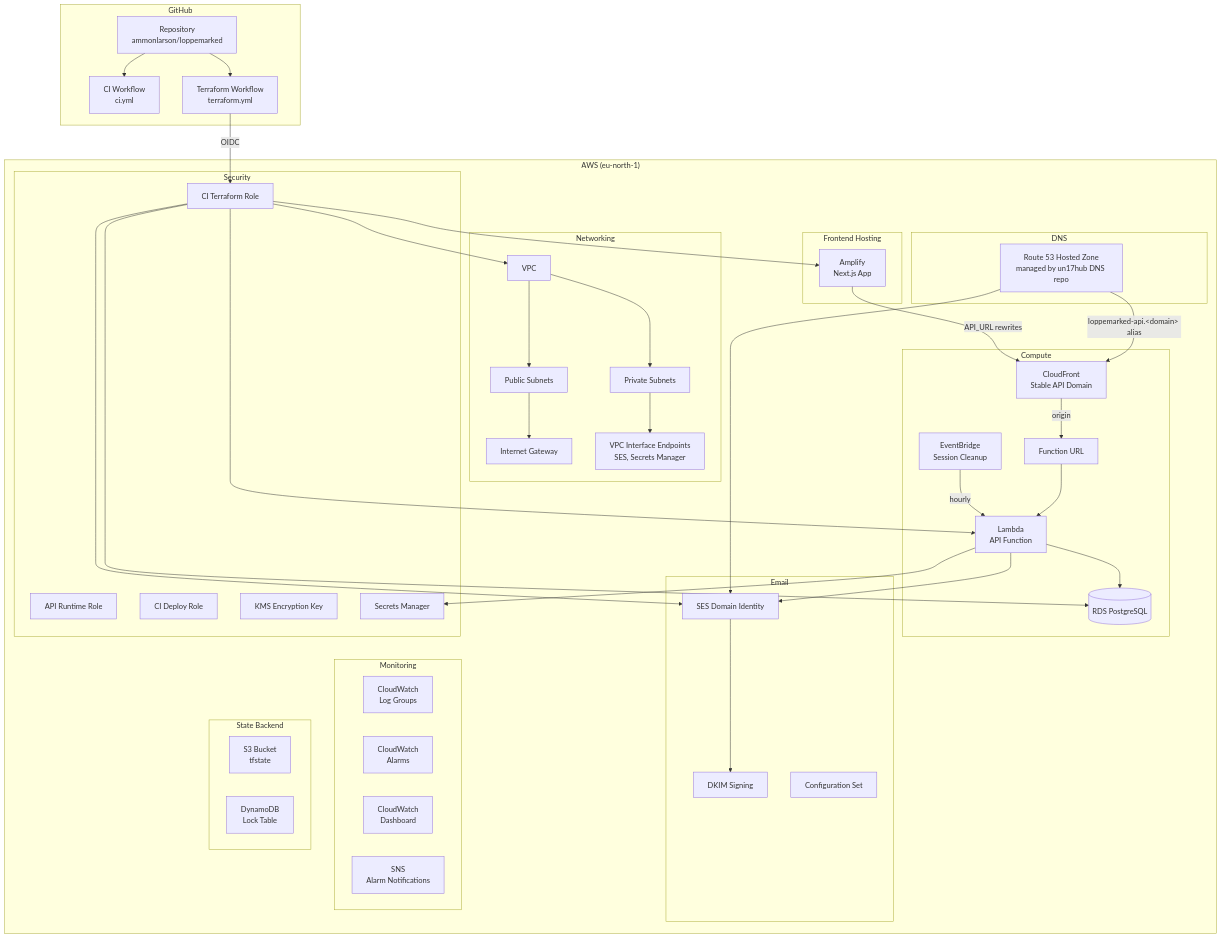
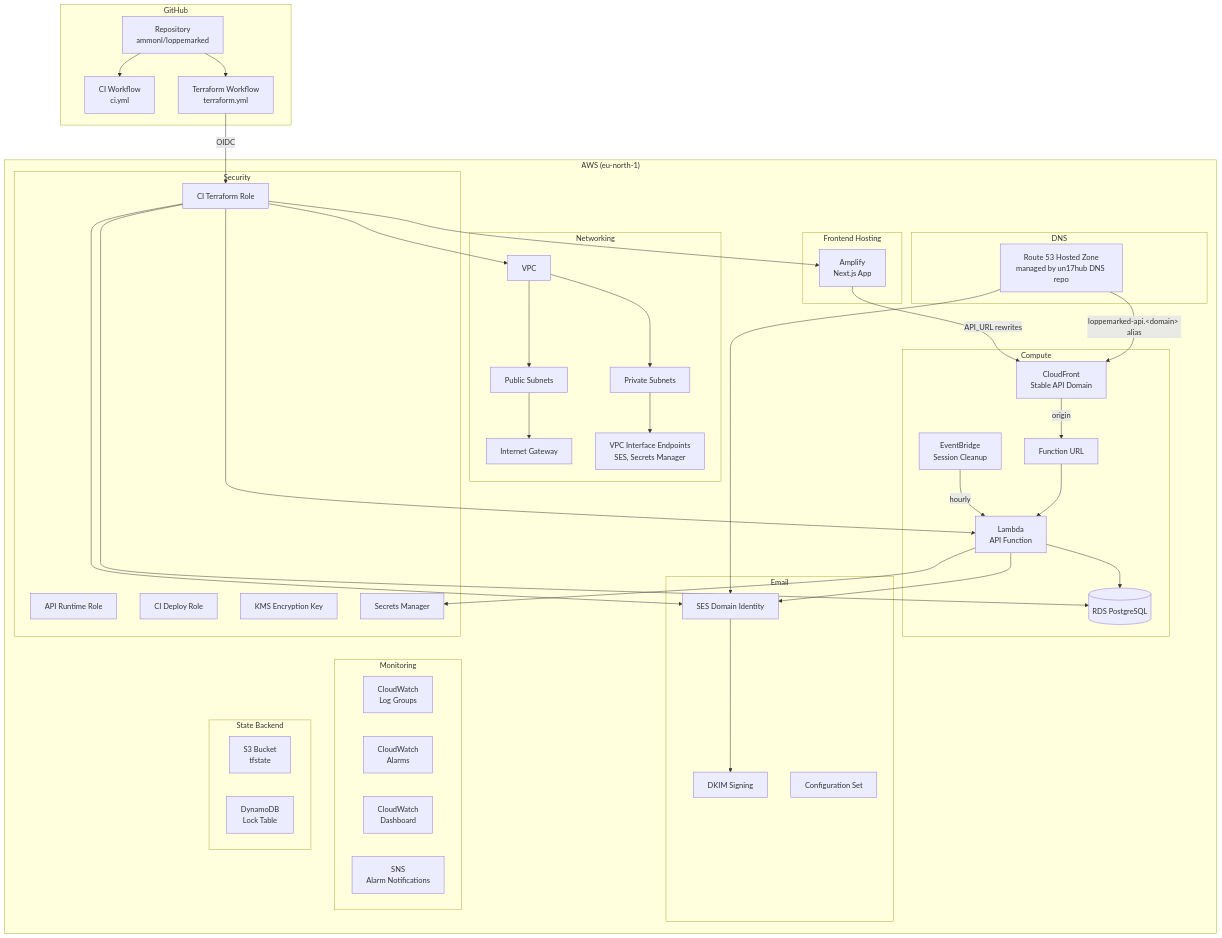
The sixth of 7 diagrams in docs/architecture.md (ammonl/loppemarked), drawn with Mermaid before and after one commit. The commit also changed 5 other files, not shown here.

First line of the commit message:
fix(infra): manage the Amplify repository URL in Terraform (stop repo drift) (#272)

````diff
--- a/docs/architecture.md
+++ b/docs/architecture.md
@@ -323,7 +323,7 @@
 ```mermaid
 graph TB
     subgraph "GitHub"
-        REPO[Repository<br/>ammonlarson/loppemarked]
+        REPO[Repository<br/>ammonl/loppemarked]
         CI[CI Workflow<br/>ci.yml]
         TF_WF[Terraform Workflow<br/>terraform.yml]
     end
````
